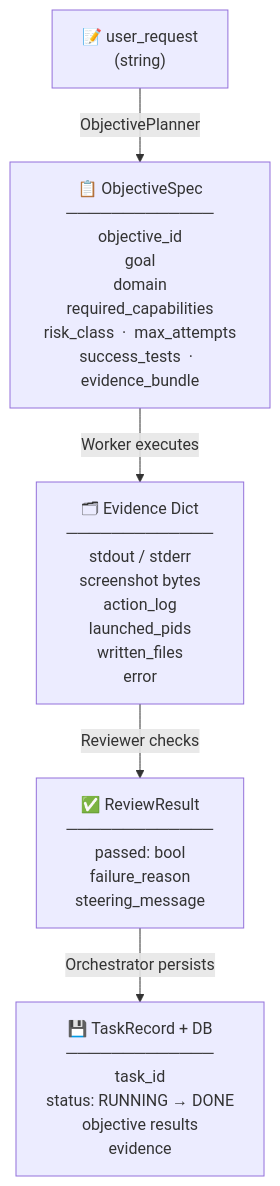
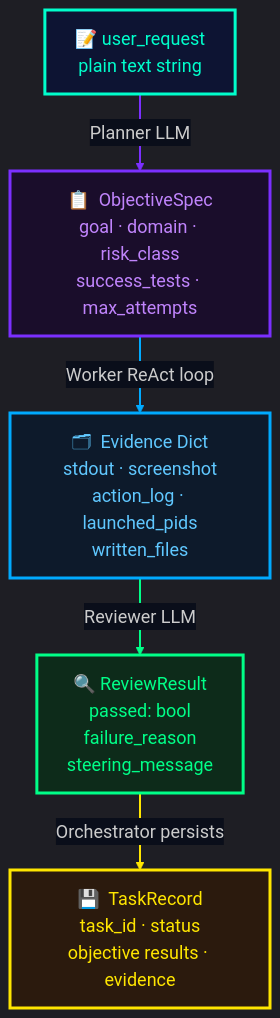
The diagram in docs/diagrams/06-data-flow.mmd (DurdeuVlad/trinity-pilot), drawn with Mermaid before and after one commit. The commit also changed 15 other files, not shown here.

First line of the commit message:
docs: simplify architecture diagrams with dark neon theme

```diff
--- a/docs/diagrams/06-data-flow.mmd
+++ b/docs/diagrams/06-data-flow.mmd
@@ -1,18 +1,27 @@
+%%{init: {'theme': 'dark', 'themeVariables': {'background': '#0a0e1a', 'primaryColor': '#0d1433', 'primaryBorderColor': '#00ffcc', 'primaryTextColor': '#e2e8f0', 'lineColor': '#00ffcc', 'edgeLabelBackground': '#0a0e1a', 'fontSize': '18px'}}}%%
 flowchart TD
-    A["📝 user_request\n(string)"]
+    classDef input  fill:#0d1433,stroke:#00ffcc,stroke-width:3px,color:#00ffcc
+    classDef spec   fill:#1a0d2b,stroke:#7b2fff,stroke-width:3px,color:#c084fc
+    classDef evid   fill:#0d1a2b,stroke:#00aaff,stroke-width:3px,color:#60c8ff
+    classDef review fill:#0d2b1a,stroke:#00ff88,stroke-width:3px,color:#00ff88
+    classDef db     fill:#2b1a0d,stroke:#ffe600,stroke-width:3px,color:#ffe600
 
-    A -->|ObjectivePlanner| B
+    A["📝  user_request\nplain text string"]:::input
 
-    B["📋 ObjectiveSpec\n─────────────\nobjective_id\ngoal\ndomain\nrequired_capabilities\nrisk_class  ·  max_attempts\nsuccess_tests  ·  evidence_bundle"]
+    B["📋  ObjectiveSpec\ngoal · domain · risk_class\nsuccess_tests · max_attempts"]:::spec
 
-    B -->|Worker executes| C
+    C["🗂  Evidence Dict\nstdout · screenshot\naction_log · launched_pids\nwritten_files"]:::evid
 
-    C["🗂 Evidence Dict\n─────────────\nstdout / stderr\nscreenshot bytes\naction_log\nlaunched_pids\nwritten_files\nerror"]
+    D["🔍  ReviewResult\npassed: bool\nfailure_reason\nsteering_message"]:::review
 
-    C -->|Reviewer checks| D
+    E["💾  TaskRecord\ntask_id · status\nobjective results · evidence"]:::db
 
-    D["✅ ReviewResult\n─────────────\npassed: bool\nfailure_reason\nsteering_message"]
-
+    A -->|Planner LLM| B
+    B -->|Worker ReAct loop| C
+    C -->|Reviewer LLM| D
     D -->|Orchestrator persists| E
 
-    E["💾 TaskRecord + DB\n─────────────\ntask_id\nstatus: RUNNING → DONE\nobjective results\nevidence"]
+    linkStyle 0 stroke:#7b2fff,stroke-width:2px
+    linkStyle 1 stroke:#00aaff,stroke-width:2px
+    linkStyle 2 stroke:#00ff88,stroke-width:2px
+    linkStyle 3 stroke:#ffe600,stroke-width:2px
```
